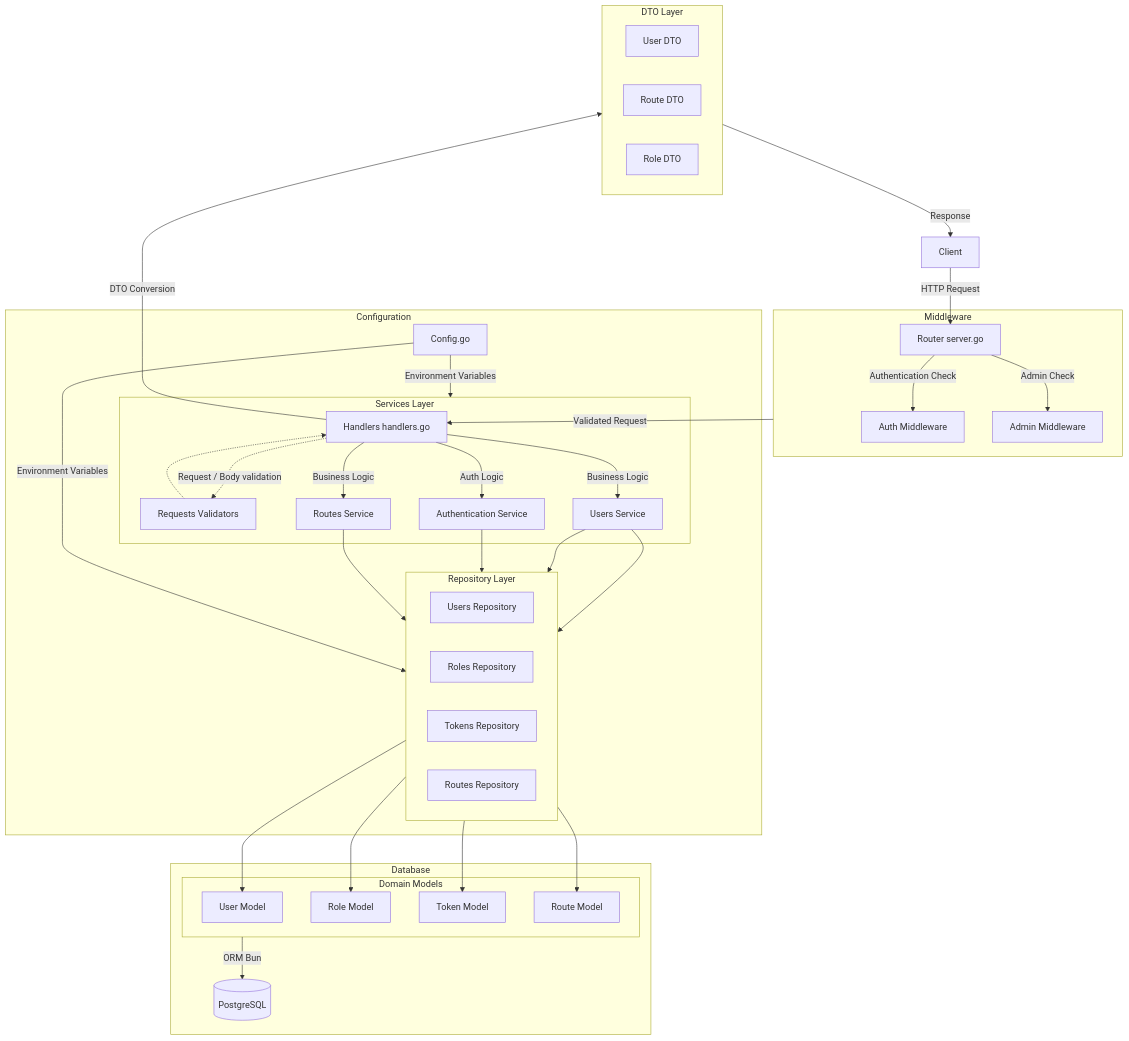
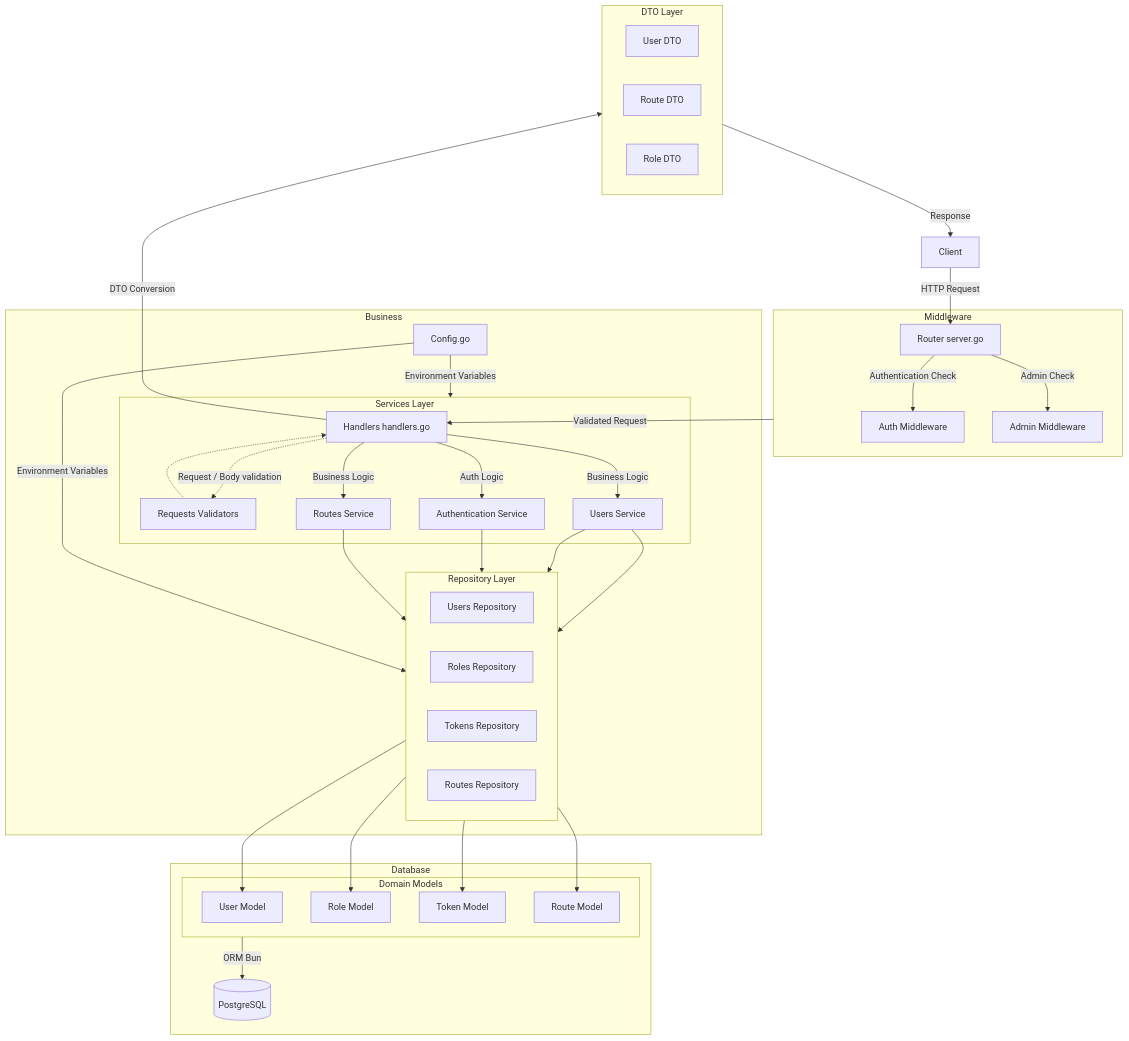
One commit to 4PROJ-Le-projet-d-une-vie/supmap-users changed the diagram in README.md. Above: the diagram before and after it, drawn with Mermaid.

````diff
--- a/README.md
+++ b/README.md
@@ -22,52 +22,52 @@
 ```mermaid
 graph TD
     Client[Client] -->|HTTP Request| Router[Router server.go]
     
     subgraph Middleware
         Router -->|Authentication Check| AuthMiddleware[Auth Middleware]
         Router -->|Admin Check| AdminMiddleware[Admin Middleware]
     end
     
     Middleware -->|Validated Request| Handlers[Handlers handlers.go]
     
     Handlers -->|DTO Conversion| DTOs[DTOs]
     DTOs -->|Response| Client
     
     subgraph Services["Services Layer"]
         Handlers -.->|Request / Body validation| Validators[Requests Validators]
         Validators -.-> Handlers
         Handlers -->|Business Logic| UserService[Users Service]
         Handlers -->|Auth Logic| AuthService[Authentication Service]
         Handlers -->|Business Logic| RouteService[Routes Service]
     end
     
     subgraph Repositories["Repository Layer"]
         direction LR
         UserService --> UsersRepo[Users Repository]
         UserService --> RolesRepo[Roles Repository]
         AuthService --> TokensRepo[Tokens Repository]
         RouteService --> RoutesRepo[Routes Repository]
     end
     
     subgraph Models["Domain Models"]
         UsersRepo --> UserModel[User Model]
         RolesRepo --> RoleModel[Role Model]
         TokensRepo --> TokenModel[Token Model]
         RoutesRepo --> RouteModel[Route Model]
     end
     
     subgraph Database
         Models -->|ORM Bun| DB[(PostgreSQL)]
     end
     
-    subgraph Configuration
+    subgraph Business
         Config[Config.go] -->|Environment Variables| Services
         Config -->|Environment Variables| Repositories
     end
     
     subgraph DTOs["DTO Layer"]
         UserDTO[User DTO]
         RouteDTO[Route DTO]
         RoleDTO[Role DTO]
     end
 ```
````
